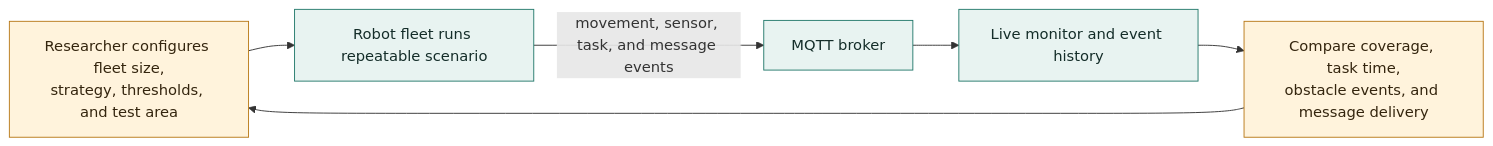
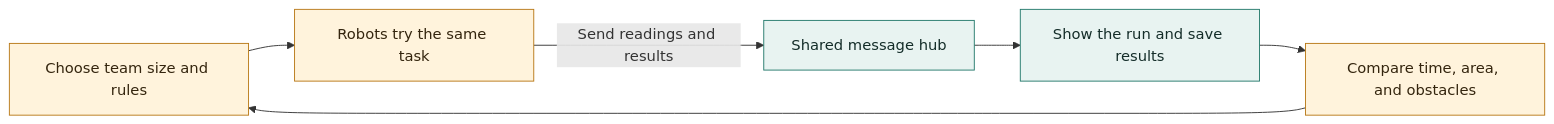
One commit to amish0/swarm_boat changed the sixth of 7 diagrams in docs/project-proposal.md. Above: the diagram before and after it, drawn with Mermaid. The commit also changed other lines of this file, not shown here.

Commit message:
added production type architecture

````diff
--- a/docs/project-proposal.md
+++ b/docs/project-proposal.md
@@ -156,14 +152,13 @@
 ```mermaid
 flowchart LR
-  Researcher[Researcher configures fleet size,<br/>strategy, thresholds, and test area] --> Fleet[Robot fleet runs repeatable scenario]
-  Fleet -->|movement, sensor, task, and message events| Broker[MQTT broker]
-  Broker --> Monitor[Live monitor and event history]
-  Monitor --> Metrics[Compare coverage, task time,<br/>obstacle events, and message delivery]
-  Metrics --> Researcher
+  Student[Choose team size and rules] --> Fleet[Robots try the same task]
+  Fleet -->|Send readings and results| Hub[Shared message hub]
+  Hub --> Page[Show the run and save results]
+  Page --> Compare[Compare time, area, and obstacles]
+  Compare --> Student
 
   classDef existing fill:#e8f3f1,stroke:#23796b,color:#142d29
   classDef planned fill:#fff3dc,stroke:#b87816,color:#34250e
-  classDef data fill:#eef1f6,stroke:#64748b,color:#202938
-  class Fleet,Broker,Monitor existing
-  class Researcher,Metrics planned
+  class Hub,Page existing
+  class Fleet,Student,Compare planned
 ```
````
